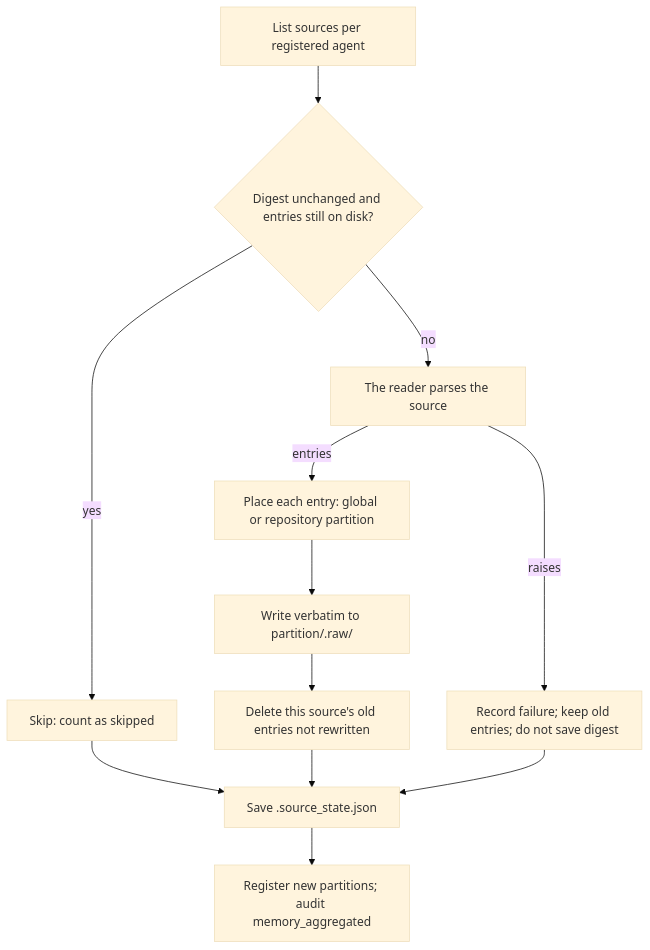
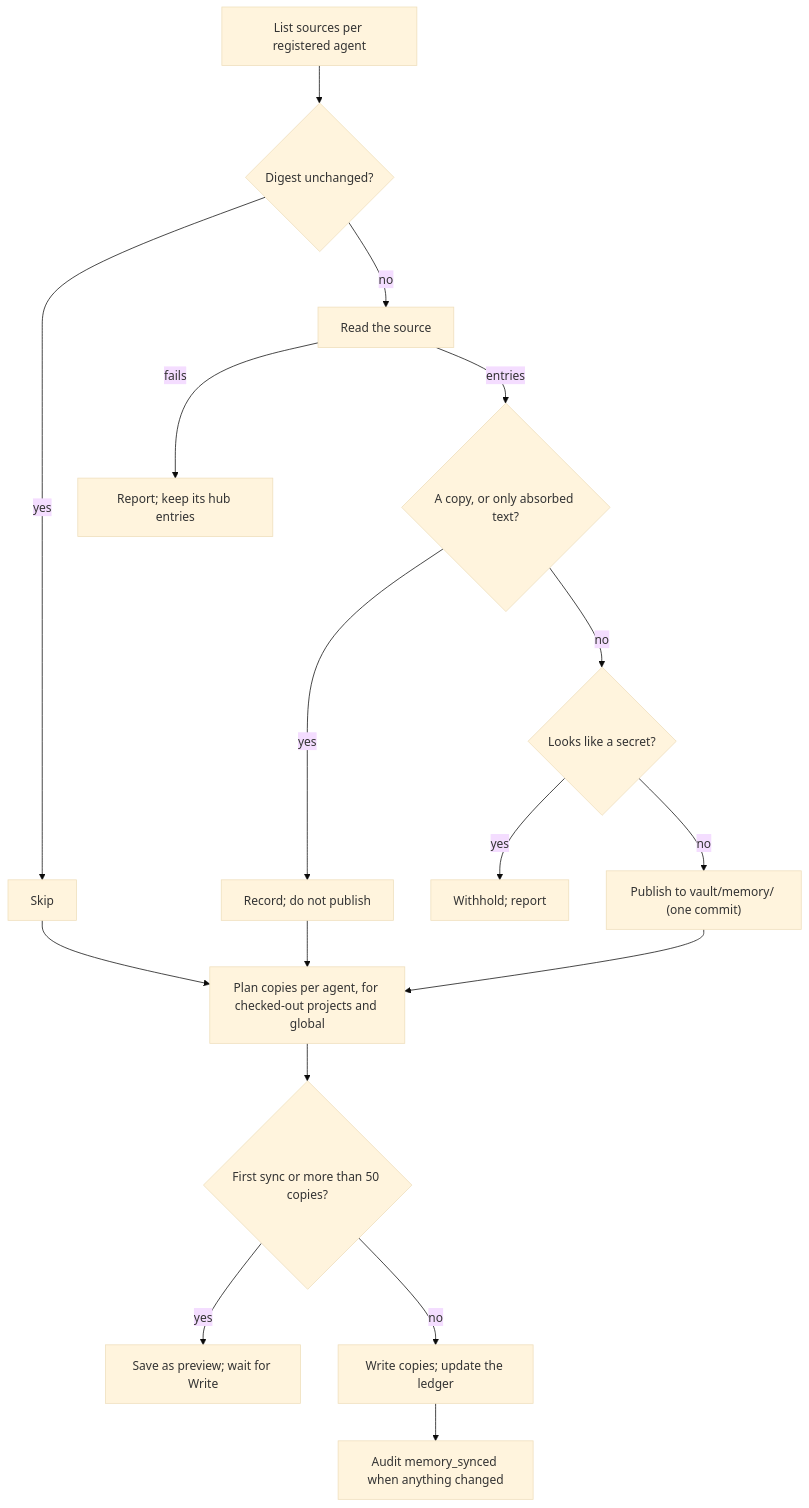
One commit to wyx-sg/Coffer changed the diagram in docs-site/architecture/memory.md. Above: the diagram before and after it, drawn with Mermaid (base theme). The commit also changed other lines of this file and 521 other files, not shown here.

First line of the commit message:
feat(memory): remove the old memory layer, ship the Memory sync page, sync on by default (#642)

````diff
--- a/docs-site/architecture/memory.md
+++ b/docs-site/architecture/memory.md
@@ -122,14 +106,19 @@
 ```mermaid
 flowchart TD
-  A["List sources per registered agent"] --> B{"Digest unchanged and entries still on disk?"}
-  B -- yes --> S["Skip: count as skipped"]
-  B -- no --> R["The reader parses the source"]
-  R -- raises --> F["Record failure; keep old entries; do not save digest"]
-  R -- entries --> P["Place each entry: global or repository partition"]
-  P --> W["Write verbatim to partition/.raw/"]
-  W --> D["Delete this source's old entries not rewritten"]
-  S --> X["Save .source_state.json"]
-  D --> X
-  F --> X
-  X --> Y["Register new partitions; audit memory_aggregated"]
+  A["List sources per registered agent"] --> B{"Digest unchanged?"}
+  B -- yes --> S["Skip"]
+  B -- no --> R["Read the source"]
+  R -- fails --> F["Report; keep its hub entries"]
+  R -- entries --> E{"A copy, or only absorbed text?"}
+  E -- yes --> K["Record; do not publish"]
+  E -- no --> W{"Looks like a secret?"}
+  W -- yes --> H["Withhold; report"]
+  W -- no --> P["Publish to vault/memory/ (one commit)"]
+  S --> C
+  K --> C
+  P --> C["Plan copies per agent, for checked-out projects and global"]
+  C --> Q{"First sync or more than 50 copies?"}
+  Q -- yes --> V["Save as preview; wait for Write"]
+  Q -- no --> X["Write copies; update the ledger"]
+  X --> Y["Audit memory_synced when anything changed"]
 ```
````
